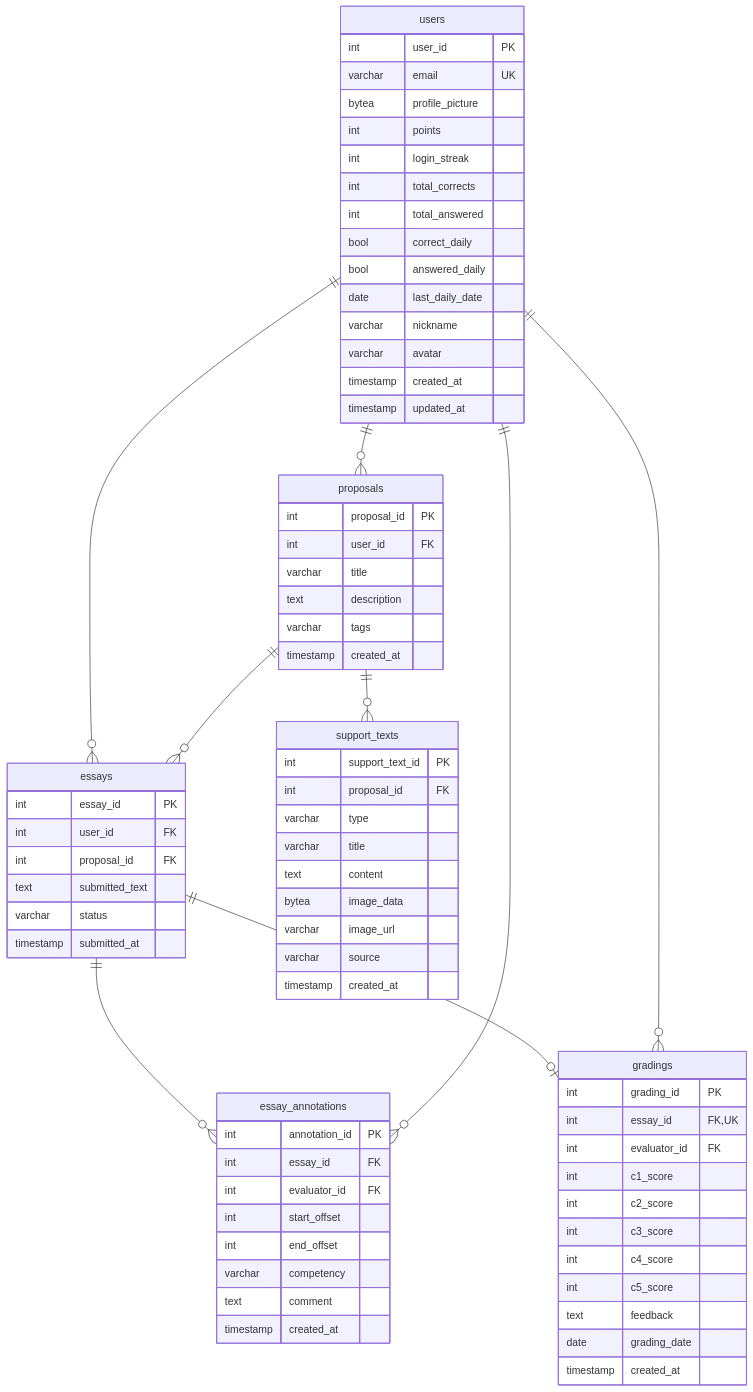
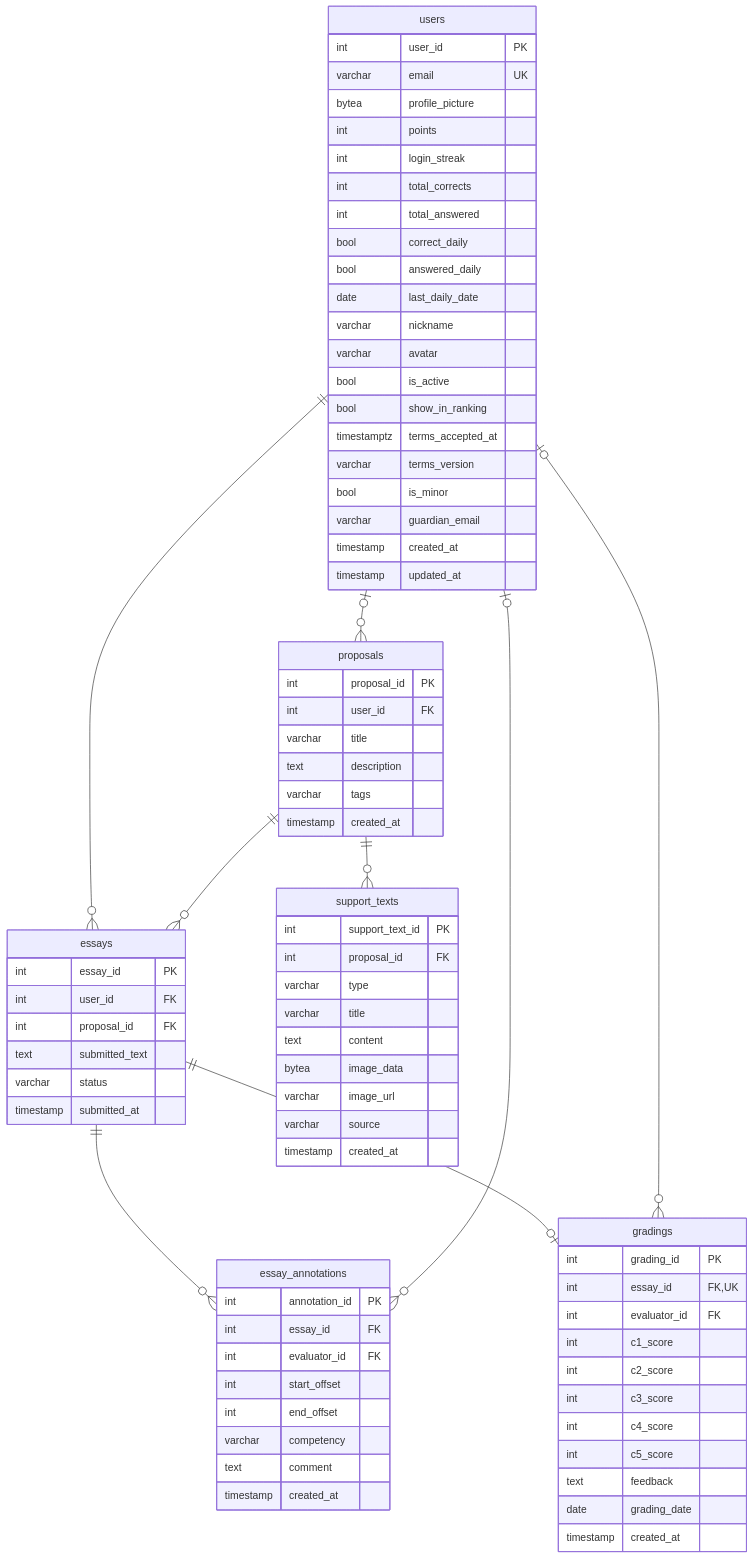
Before and after one commit to ifvest-project/ifvest-docs: the seventh of 9 diagrams in docs/modelo-de-dados.md, drawn with Mermaid. The commit also changed other lines of this file and 23 other files, not shown here.

````diff
--- a/docs/modelo-de-dados.md
+++ b/docs/modelo-de-dados.md
@@ -440,15 +465,21 @@
         date last_daily_date
         varchar nickname
         varchar avatar
+        bool is_active
+        bool show_in_ranking
+        timestamptz terms_accepted_at
+        varchar terms_version
+        bool is_minor
+        varchar guardian_email
         timestamp created_at
         timestamp updated_at
     }
     essays ||--o{ essay_annotations : ""
-    users ||--o{ essay_annotations : ""
+    users |o--o{ essay_annotations : ""
     users ||--o{ essays : ""
     proposals ||--o{ essays : ""
     essays ||--o| gradings : ""
-    users ||--o{ gradings : ""
-    users ||--o{ proposals : ""
+    users |o--o{ gradings : ""
+    users |o--o{ proposals : ""
     proposals ||--o{ support_texts : ""
 ```
````
